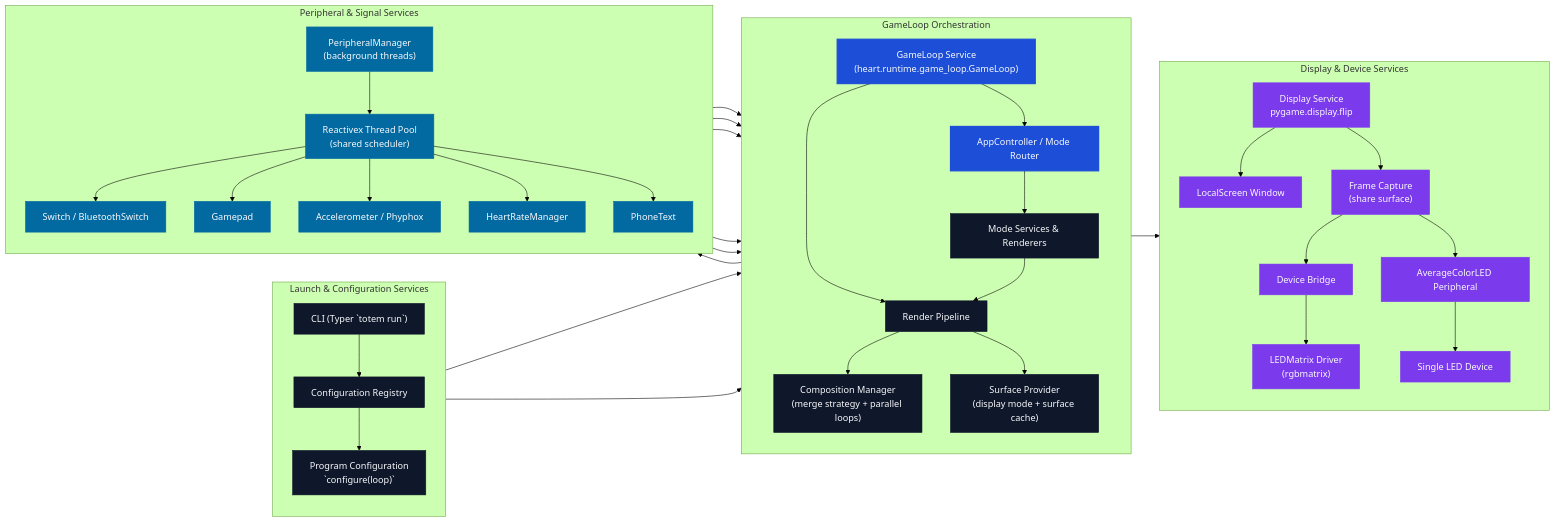
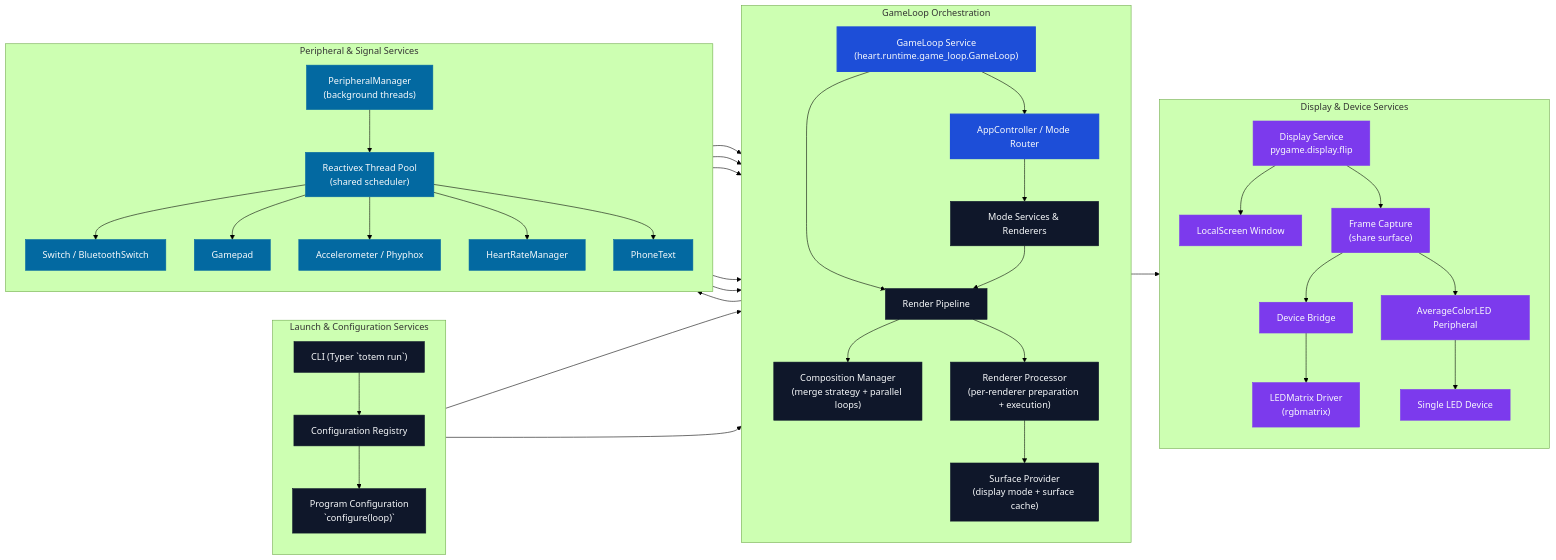
Before and after one commit to Organization5762/heart: the diagram in docs/code_flow.md, drawn with Mermaid (forest theme). The commit also changed other lines of this file and 4 other files, not shown here.

Commit message:
Add renderer processor to render pipeline

````diff
--- a/docs/code_flow.md
+++ b/docs/code_flow.md
@@ -19,69 +19,70 @@
 ```mermaid
 flowchart LR
     %% Visual classes for different service categories
     classDef orchestrator fill:#1d4ed8,stroke:#1d4ed8,color:#f8fafc,stroke-width:2px;
     classDef service fill:#0f172a,stroke:#0f172a,color:#f8fafc;
     classDef input fill:#0369a1,stroke:#0369a1,color:#f8fafc;
     classDef output fill:#7c3aed,stroke:#7c3aed,color:#f8fafc;
 
     subgraph Launch["Launch & Configuration Services"]
         direction TB
         CLI["CLI (Typer `totem run`)"]
         Registry["Configuration Registry"]
         Configurer["Program Configuration\n`configure(loop)`"]
     end
 
     subgraph Runtime["GameLoop Orchestration"]
         direction TB
         Loop["GameLoop Service\n(heart.runtime.game_loop.GameLoop)"]
         AppRouter["AppController / Mode Router"]
         ModeServices["Mode Services & Renderers"]
         RenderPipeline["Render Pipeline"]
         SurfaceProvider["Surface Provider\n(display mode + surface cache)"]
+        RendererProcessor["Renderer Processor\n(per-renderer preparation + execution)"]
         CompositionManager["Composition Manager\n(merge strategy + parallel loops)"]
     end
 
     subgraph Inputs["Peripheral & Signal Services"]
         direction TB
         PeripheralMgr["PeripheralManager\n(background threads)"]
         RxScheduler["Reactivex Thread Pool\n(shared scheduler)"]
         Switch["Switch / BluetoothSwitch"]
         Gamepad["Gamepad"]
         Sensors["Accelerometer / Phyphox"]
         HeartRate["HeartRateManager"]
         PhoneText["PhoneText"]
     end
 
     subgraph Outputs["Display & Device Services"]
         direction TB
         DisplaySvc["Display Service\npygame.display.flip"]
         LocalScreen["LocalScreen Window"]
         Capture["Frame Capture\n(share surface)"]
         DeviceBridge["Device Bridge"]
         LedMatrix["LEDMatrix Driver\n(rgbmatrix)"]
         AverageMirror["AverageColorLED Peripheral"]
         SingleLED["Single LED Device"]
     end
 
     CLI --> Registry --> Configurer --> Loop
     Configurer --> AppRouter
     Loop --> AppRouter
     Loop --> RenderPipeline
     AppRouter --> ModeServices --> RenderPipeline --> CompositionManager --> DisplaySvc
-    RenderPipeline --> SurfaceProvider
+    RenderPipeline --> RendererProcessor --> SurfaceProvider
     DisplaySvc --> LocalScreen
     DisplaySvc --> Capture --> DeviceBridge --> LedMatrix
     Capture --> AverageMirror --> SingleLED
 
     Loop --> PeripheralMgr --> RxScheduler
     RxScheduler --> Switch --> AppRouter
     RxScheduler --> Gamepad --> AppRouter
     RxScheduler --> Sensors --> AppRouter
     RxScheduler --> HeartRate --> AppRouter
     RxScheduler --> PhoneText --> AppRouter
 
-    class CLI,Registry,Configurer,ModeServices,RenderPipeline,SurfaceProvider,CompositionManager service;
+    class CLI,Registry,Configurer,ModeServices,RenderPipeline,RendererProcessor,SurfaceProvider,CompositionManager service;
     class Loop,AppRouter orchestrator;
     class PeripheralMgr,RxScheduler,Switch,Gamepad,Sensors,HeartRate,PhoneText input;
     class DisplaySvc,LocalScreen,Capture,DeviceBridge,LedMatrix,AverageMirror,SingleLED output;
 ```
````
